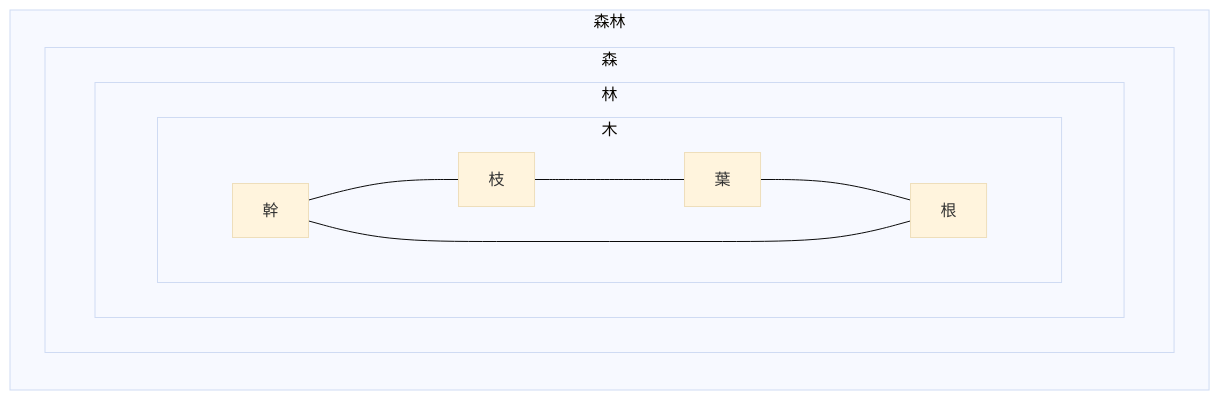
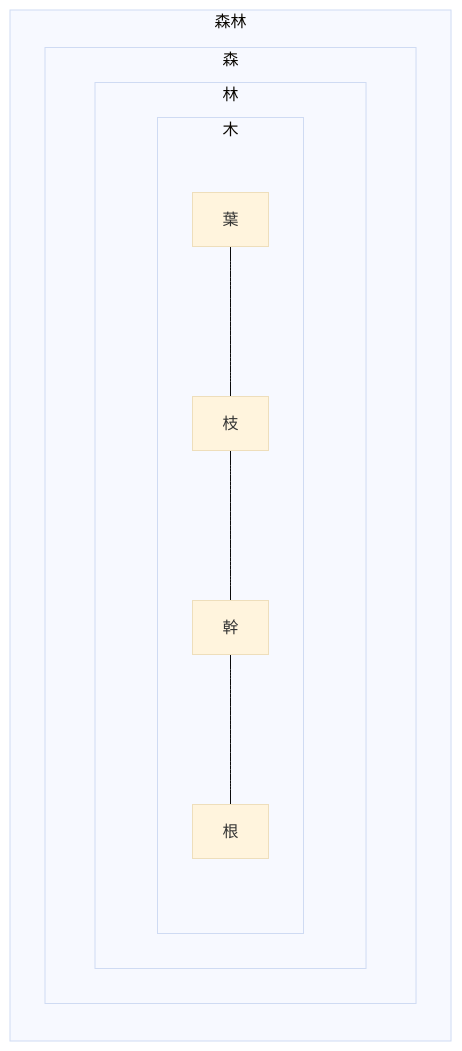
The diagram in 遊び用/木.md (bebetakumi/mermaid), drawn with Mermaid (base theme) before and after one commit.

````diff
--- a/遊び用/木.md
+++ b/遊び用/木.md
@@ -1,15 +1,15 @@
 ```mermaid
 flowchart LR
 subgraph 森林
     subgraph 森
         subgraph 林
             subgraph 木
-                direction LR
-                幹 --- 枝 --- 葉 --- 根 --- 幹
+                direction TD
+                葉 --- 枝 --- 幹 --- 根
             end
         end
     end
 end
 
 
 ```
````
